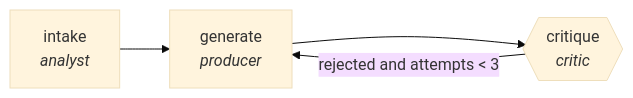
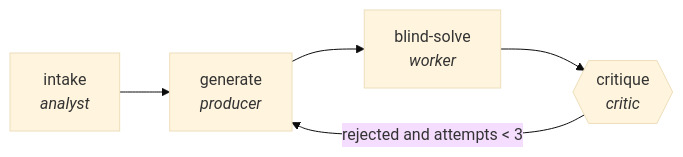
One commit to ypollak2/agenticgraphs changed the diagram in docs/traces/quiz-generation-verified.md. Above: the diagram before and after it, drawn with Mermaid (base theme). The commit also changed other lines of this file and 62 other files, not shown here.

````diff
--- a/docs/traces/quiz-generation-verified.md
+++ b/docs/traces/quiz-generation-verified.md
@@ -10,9 +10,11 @@
 ```mermaid
 flowchart LR
     N0["intake<br/><i>analyst</i>"]
     N1["generate<br/><i>producer</i>"]
-    N2{{"critique<br/><i>critic</i>"}}
+    N2["blind-solve<br/><i>worker</i>"]
+    N3{{"critique<br/><i>critic</i>"}}
     N0 --> N1
     N1 --> N2
-    N2 -->|rejected and attempts < 3| N1
+    N2 --> N3
+    N3 -->|rejected and attempts < 3| N1
 ```
````
